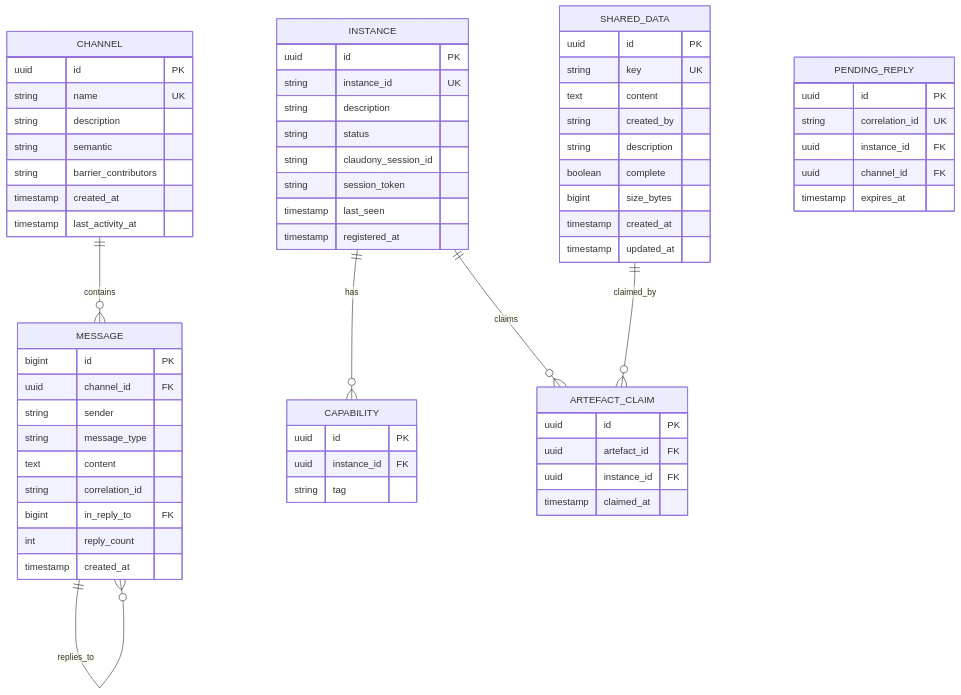
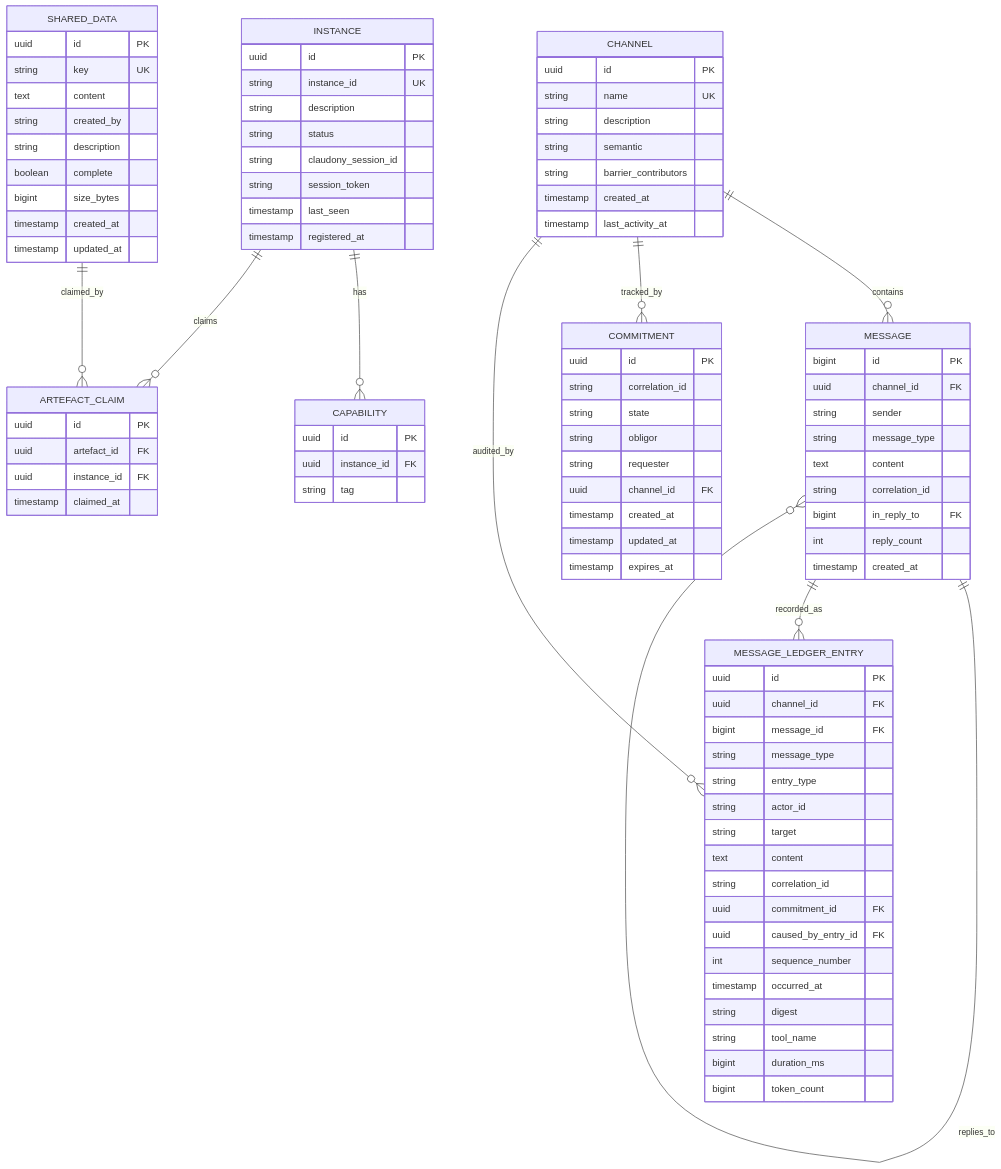
Before and after one commit to mdproctor/qhorus: the tenth of 10 diagrams in docs/specs/2026-04-13-qhorus-design.md, drawn with Mermaid. The commit also changed other lines of this file, not shown here.

First line of the commit message:
docs(design): systematic review — staleness, ERD update, MCP tool surface

````diff
--- a/docs/specs/2026-04-13-qhorus-design.md
+++ b/docs/specs/2026-04-13-qhorus-design.md
@@ -438,12 +484,36 @@
         timestamp claimed_at
     }
 
-    PENDING_REPLY {
+    COMMITMENT {
         uuid id PK
-        string correlation_id UK
-        uuid instance_id FK
+        string correlation_id
+        string state
+        string obligor
+        string requester
         uuid channel_id FK
+        timestamp created_at
+        timestamp updated_at
         timestamp expires_at
+    }
+
+    MESSAGE_LEDGER_ENTRY {
+        uuid id PK
+        uuid channel_id FK
+        bigint message_id FK
+        string message_type
+        string entry_type
+        string actor_id
+        string target
+        text content
+        string correlation_id
+        uuid commitment_id FK
+        uuid caused_by_entry_id FK
+        int sequence_number
+        timestamp occurred_at
+        string digest
+        string tool_name
+        bigint duration_ms
+        bigint token_count
     }
 
     CHANNEL ||--o{ MESSAGE : contains
@@ -451,4 +521,7 @@
     INSTANCE ||--o{ ARTEFACT_CLAIM : claims
     SHARED_DATA ||--o{ ARTEFACT_CLAIM : claimed_by
     MESSAGE ||--o{ MESSAGE : replies_to
+    CHANNEL ||--o{ COMMITMENT : tracked_by
+    CHANNEL ||--o{ MESSAGE_LEDGER_ENTRY : audited_by
+    MESSAGE ||--o{ MESSAGE_LEDGER_ENTRY : recorded_as
 ```
````
